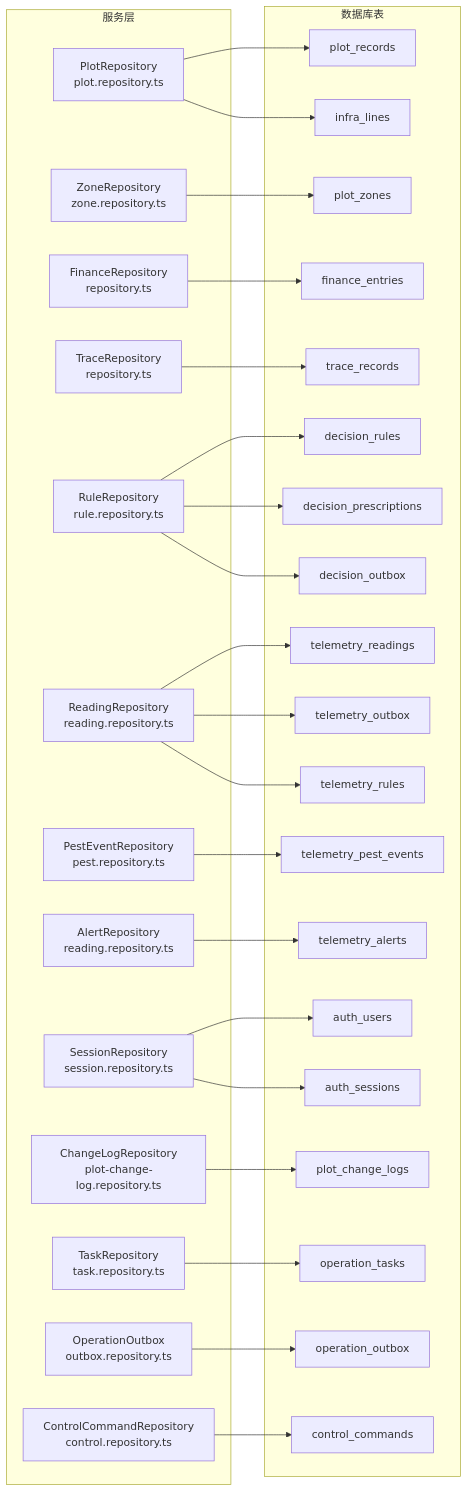
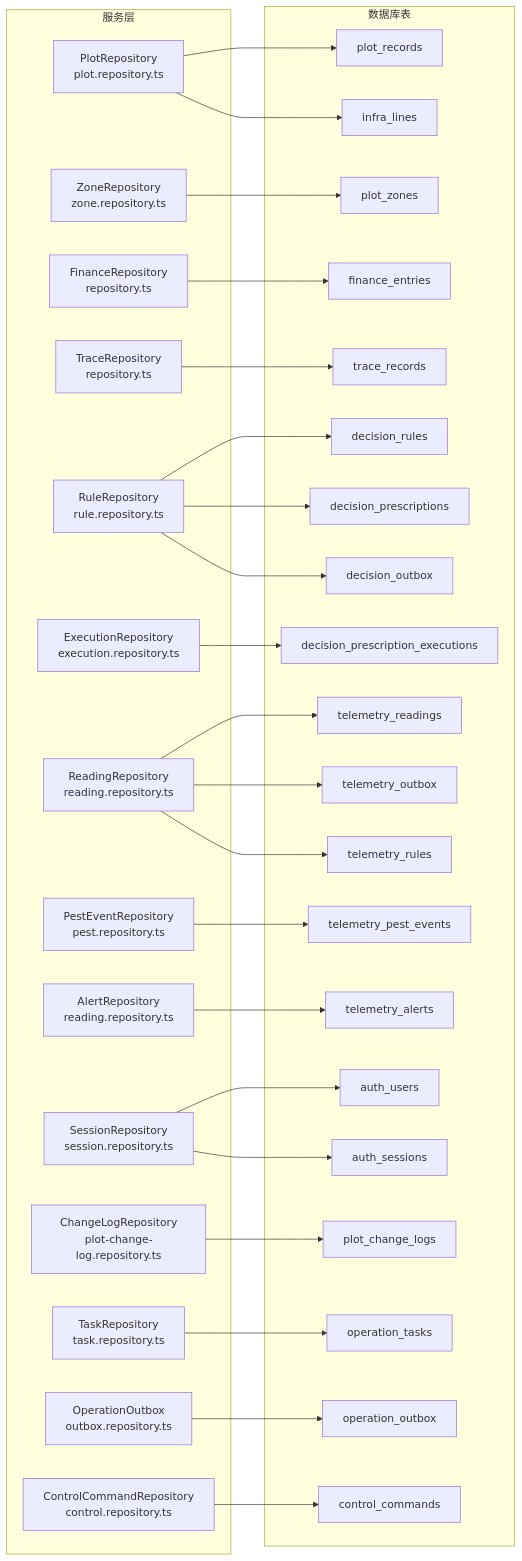
The second of 21 diagrams in .qoder/repowiki/zh/content/数据库设计/数据库设计.md (q446328246/agri-platform), drawn with Mermaid before and after one commit. The commit also changed other lines of this file and 35 other files, not shown here.

````diff
--- a/.qoder/repowiki/zh/content/数据库设计/数据库设计.md
+++ b/.qoder/repowiki/zh/content/数据库设计/数据库设计.md
@@ -191,58 +204,61 @@
 ```mermaid
 graph LR
 subgraph "服务层"
 PS["PlotRepository<br/>plot.repository.ts"]
 ZR["ZoneRepository<br/>zone.repository.ts"]
 FS["FinanceRepository<br/>repository.ts"]
 TRS["TraceRepository<br/>repository.ts"]
 RS["RuleRepository<br/>rule.repository.ts"]
+ER["ExecutionRepository<br/>execution.repository.ts"]
 RR["ReadingRepository<br/>reading.repository.ts"]
 PR["PestEventRepository<br/>pest.repository.ts"]
 AR["AlertRepository<br/>reading.repository.ts"]
 ASR["SessionRepository<br/>session.repository.ts"]
 CLR["ChangeLogRepository<br/>plot-change-log.repository.ts"]
 TSR["TaskRepository<br/>task.repository.ts"]
 OOB["OperationOutbox<br/>outbox.repository.ts"]
 CR["ControlCommandRepository<br/>control.repository.ts"]
 end
 subgraph "数据库表"
 T1["plot_records"]
 T2["finance_entries"]
 T3["trace_records"]
 T4["decision_rules"]
 T5["decision_prescriptions"]
-T6["telemetry_readings"]
-T7["telemetry_alerts"]
-T8["decision_outbox"]
-T9["telemetry_outbox"]
-T10["auth_users"]
-T11["auth_sessions"]
-T12["telemetry_rules"]
-T13["telemetry_pest_events"]
-T14["infra_lines"]
-T15["plot_zones"]
-T16["plot_change_logs"]
-T17["operation_tasks"]
-T18["operation_outbox"]
-T19["control_commands"]
+T6["decision_prescription_executions"]
+T7["telemetry_readings"]
+T8["telemetry_alerts"]
+T9["decision_outbox"]
+T10["telemetry_outbox"]
+T11["auth_users"]
+T12["auth_sessions"]
+T13["telemetry_rules"]
+T14["telemetry_pest_events"]
+T15["infra_lines"]
+T16["plot_zones"]
+T17["plot_change_logs"]
+T18["operation_tasks"]
+T19["operation_outbox"]
+T20["control_commands"]
 end
 PS --> T1
-ZR --> T15
+ZR --> T16
 FS --> T2
 TRS --> T3
 RS --> T4
 RS --> T5
-RR --> T6
-PR --> T13
-AR --> T7
-RS --> T8
-RR --> T9
-ASR --> T10
+ER --> T6
+RR --> T7
+PR --> T14
+AR --> T8
+RS --> T9
+RR --> T10
 ASR --> T11
-RR --> T12
-PS --> T14
-CLR --> T16
-TSR --> T17
-OOB --> T18
-CR --> T19
+ASR --> T12
+RR --> T13
+PS --> T15
+CLR --> T17
+TSR --> T18
+OOB --> T19
+CR --> T20
 ```
````
